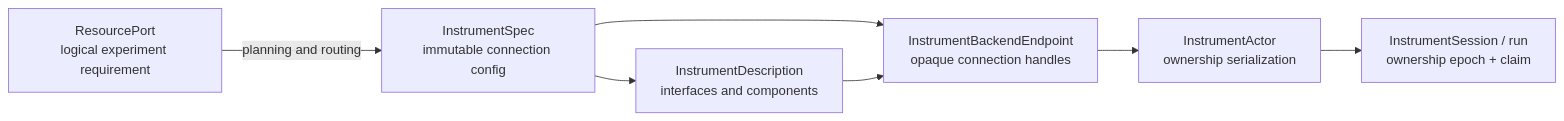
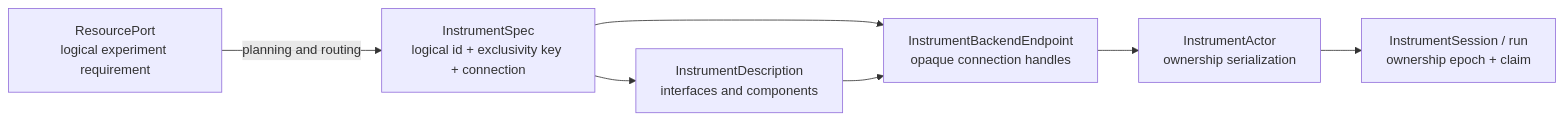
One commit to kahojyun/scopecat changed the diagram in docs/instrument-control.md. Above: the diagram before and after it, drawn with Mermaid. The commit also changed other lines of this file and 52 other files, not shown here.

Commit message:
refactor: separate logical and physical instrument identity

````diff
--- a/docs/instrument-control.md
+++ b/docs/instrument-control.md
@@ -16,16 +16,16 @@
 ```mermaid
 flowchart LR
-    C["InstrumentSpec<br/>immutable connection config"]
+    C["InstrumentSpec<br/>logical id + exclusivity key + connection"]
     D["InstrumentDescription<br/>interfaces and components"]
     B["InstrumentBackendEndpoint<br/>opaque connection handles"]
     A["InstrumentActor<br/>ownership serialization"]
     S["InstrumentSession / run<br/>ownership epoch + claim"]
     R["ResourcePort<br/>logical experiment requirement"]
 
     C --> D
     C --> B
     D --> B
     B --> A
     A --> S
     R -->|"planning and routing"| C
 ```
````
